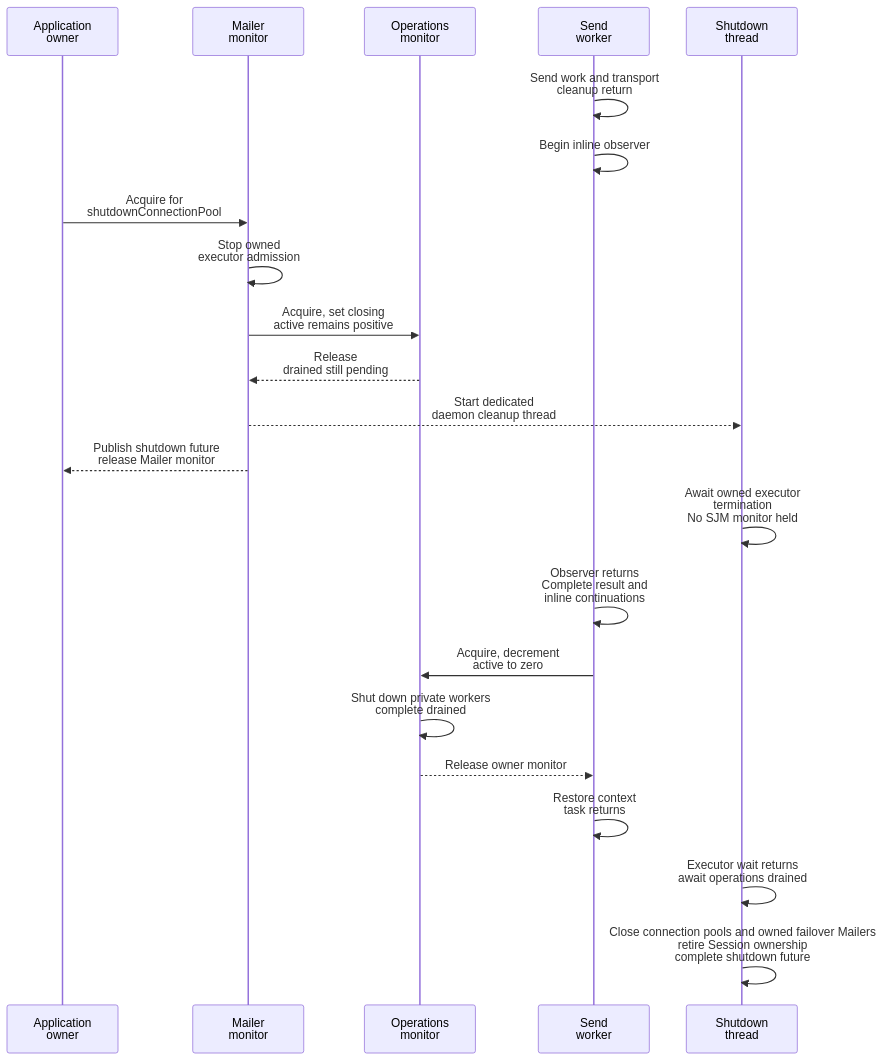
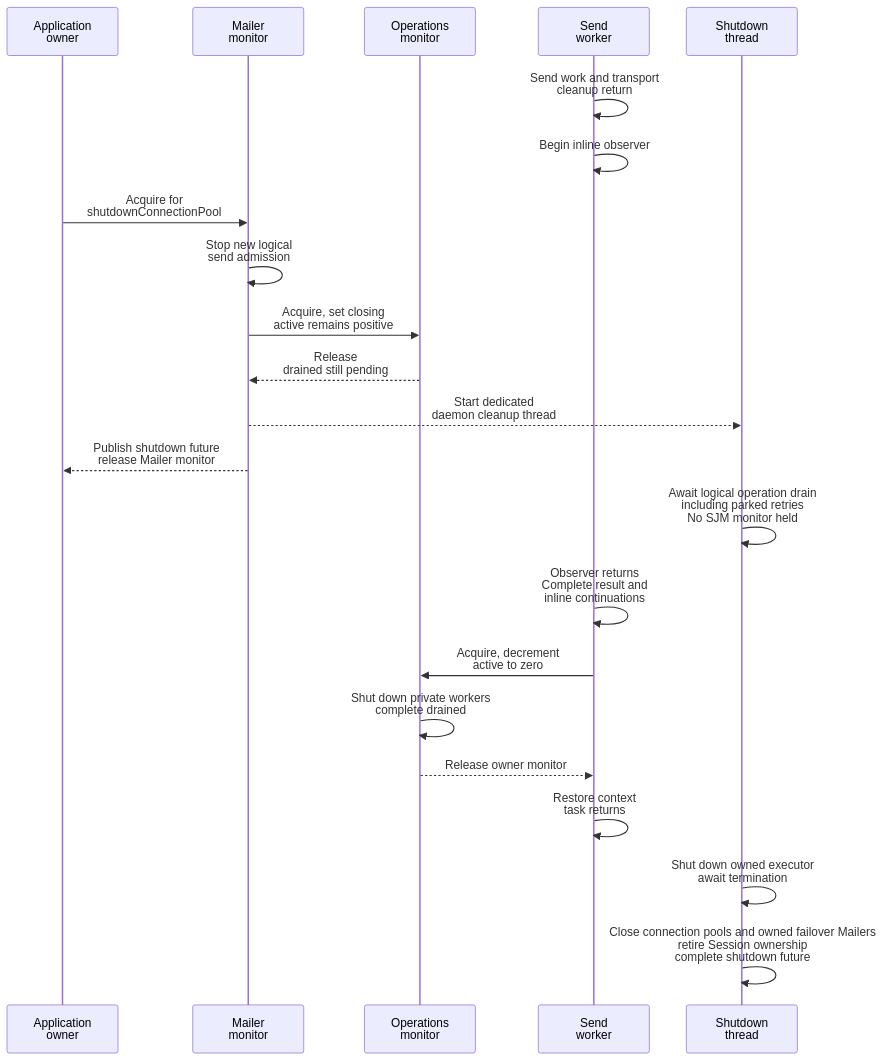
One commit to bbottema/simple-java-mail changed the second of 3 diagrams in docs/concurrency/02-mailer-lifecycle.md. Above: the diagram before and after it, drawn with Mermaid. The commit also changed other lines of this file and 24 other files, not shown here.

Commit message:
docs(architecture): record retry ownership and API construction boundaries (#756)

````diff
--- a/docs/concurrency/02-mailer-lifecycle.md
+++ b/docs/concurrency/02-mailer-lifecycle.md
@@ -67,24 +67,24 @@
 ```mermaid
 sequenceDiagram
     participant A as Application<br/>owner
     participant M as Mailer<br/>monitor
     participant O as Operations<br/>monitor
     participant W as Send<br/>worker
     participant S as Shutdown<br/>thread
     W->>W: Send work and transport<br/>cleanup return
     W->>W: Begin inline observer
     A->>M: Acquire for<br/>shutdownConnectionPool
-    M->>M: Stop owned<br/>executor admission
+    M->>M: Stop new logical<br/>send admission
     M->>O: Acquire, set closing<br/>active remains positive
     O-->>M: Release<br/>drained still pending
     M-->>S: Start dedicated<br/>daemon cleanup thread
     M-->>A: Publish shutdown future<br/>release Mailer monitor
-    S->>S: Await owned executor<br/>termination<br/>No SJM monitor held
+    S->>S: Await logical operation drain<br/>including parked retries<br/>No SJM monitor held
     W->>W: Observer returns<br/>Complete result and<br/>inline continuations
     W->>O: Acquire, decrement<br/>active to zero
     O->>O: Shut down private workers<br/>complete drained
     O-->>W: Release owner monitor
     W->>W: Restore context<br/>task returns
-    S->>S: Executor wait returns<br/>await operations drained
+    S->>S: Shut down owned executor<br/>await termination
     S->>S: Close connection pools and owned failover Mailers<br/>retire Session ownership<br/>complete shutdown future
 ```
````
